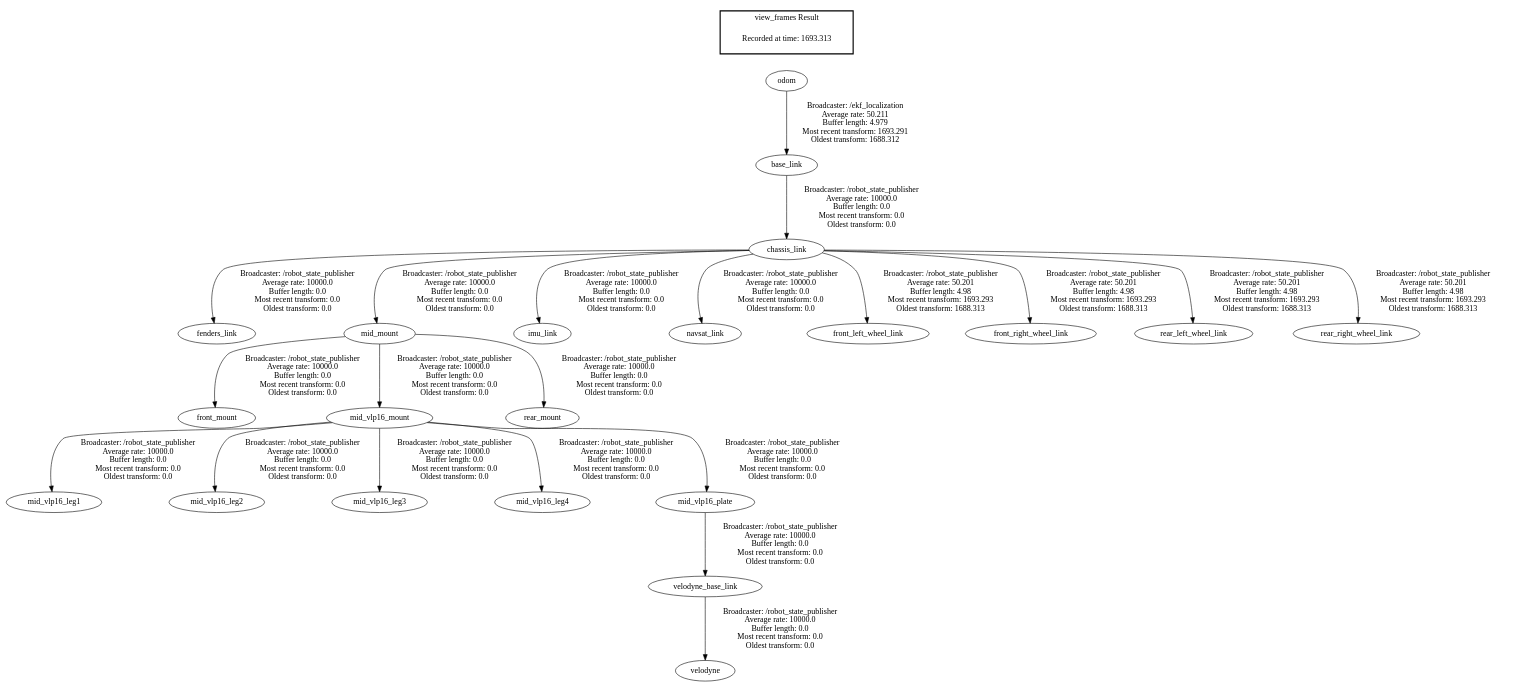
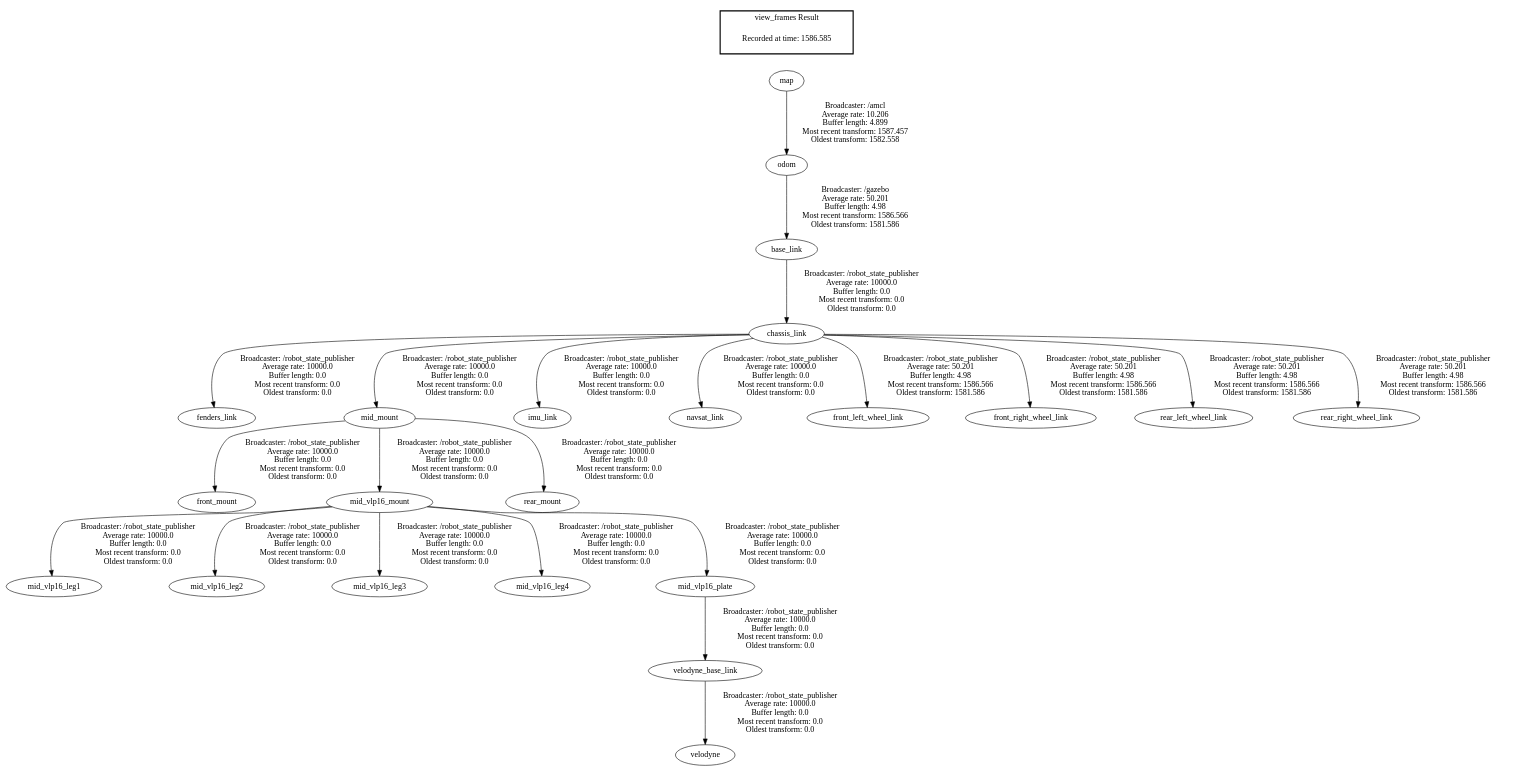
Before and after one commit to JuanMaLR/jackal_velodyne_vlp16_lidar_ros_nav_stack: the diagram in files/frames.gv, drawn with Graphviz. The commit also changed 5 other files, not shown here.

```diff
--- a/files/frames.gv
+++ b/files/frames.gv
@@ -1,26 +1,27 @@
 digraph G {
 "base_link" -> "chassis_link"[label=" Broadcaster: /robot_state_publisher\nAverage rate: 10000.0\nBuffer length: 0.0\nMost recent transform: 0.0\nOldest transform: 0.0\n"];
-"odom" -> "base_link"[label=" Broadcaster: /ekf_localization\nAverage rate: 50.211\nBuffer length: 4.979\nMost recent transform: 1693.291\nOldest transform: 1688.312\n"];
+"odom" -> "base_link"[label=" Broadcaster: /gazebo\nAverage rate: 50.201\nBuffer length: 4.98\nMost recent transform: 1586.566\nOldest transform: 1581.586\n"];
 "chassis_link" -> "fenders_link"[label=" Broadcaster: /robot_state_publisher\nAverage rate: 10000.0\nBuffer length: 0.0\nMost recent transform: 0.0\nOldest transform: 0.0\n"];
 "mid_mount" -> "front_mount"[label=" Broadcaster: /robot_state_publisher\nAverage rate: 10000.0\nBuffer length: 0.0\nMost recent transform: 0.0\nOldest transform: 0.0\n"];
 "chassis_link" -> "mid_mount"[label=" Broadcaster: /robot_state_publisher\nAverage rate: 10000.0\nBuffer length: 0.0\nMost recent transform: 0.0\nOldest transform: 0.0\n"];
 "chassis_link" -> "imu_link"[label=" Broadcaster: /robot_state_publisher\nAverage rate: 10000.0\nBuffer length: 0.0\nMost recent transform: 0.0\nOldest transform: 0.0\n"];
 "mid_vlp16_mount" -> "mid_vlp16_leg1"[label=" Broadcaster: /robot_state_publisher\nAverage rate: 10000.0\nBuffer length: 0.0\nMost recent transform: 0.0\nOldest transform: 0.0\n"];
 "mid_mount" -> "mid_vlp16_mount"[label=" Broadcaster: /robot_state_publisher\nAverage rate: 10000.0\nBuffer length: 0.0\nMost recent transform: 0.0\nOldest transform: 0.0\n"];
 "mid_vlp16_mount" -> "mid_vlp16_leg2"[label=" Broadcaster: /robot_state_publisher\nAverage rate: 10000.0\nBuffer length: 0.0\nMost recent transform: 0.0\nOldest transform: 0.0\n"];
 "mid_vlp16_mount" -> "mid_vlp16_leg3"[label=" Broadcaster: /robot_state_publisher\nAverage rate: 10000.0\nBuffer length: 0.0\nMost recent transform: 0.0\nOldest transform: 0.0\n"];
 "mid_vlp16_mount" -> "mid_vlp16_leg4"[label=" Broadcaster: /robot_state_publisher\nAverage rate: 10000.0\nBuffer length: 0.0\nMost recent transform: 0.0\nOldest transform: 0.0\n"];
 "mid_vlp16_mount" -> "mid_vlp16_plate"[label=" Broadcaster: /robot_state_publisher\nAverage rate: 10000.0\nBuffer length: 0.0\nMost recent transform: 0.0\nOldest transform: 0.0\n"];
 "chassis_link" -> "navsat_link"[label=" Broadcaster: /robot_state_publisher\nAverage rate: 10000.0\nBuffer length: 0.0\nMost recent transform: 0.0\nOldest transform: 0.0\n"];
 "mid_mount" -> "rear_mount"[label=" Broadcaster: /robot_state_publisher\nAverage rate: 10000.0\nBuffer length: 0.0\nMost recent transform: 0.0\nOldest transform: 0.0\n"];
 "mid_vlp16_plate" -> "velodyne_base_link"[label=" Broadcaster: /robot_state_publisher\nAverage rate: 10000.0\nBuffer length: 0.0\nMost recent transform: 0.0\nOldest transform: 0.0\n"];
 "velodyne_base_link" -> "velodyne"[label=" Broadcaster: /robot_state_publisher\nAverage rate: 10000.0\nBuffer length: 0.0\nMost recent transform: 0.0\nOldest transform: 0.0\n"];
-"chassis_link" -> "front_left_wheel_link"[label=" Broadcaster: /robot_state_publisher\nAverage rate: 50.201\nBuffer length: 4.98\nMost recent transform: 1693.293\nOldest transform: 1688.313\n"];
-"chassis_link" -> "front_right_wheel_link"[label=" Broadcaster: /robot_state_publisher\nAverage rate: 50.201\nBuffer length: 4.98\nMost recent transform: 1693.293\nOldest transform: 1688.313\n"];
-"chassis_link" -> "rear_left_wheel_link"[label=" Broadcaster: /robot_state_publisher\nAverage rate: 50.201\nBuffer length: 4.98\nMost recent transform: 1693.293\nOldest transform: 1688.313\n"];
-"chassis_link" -> "rear_right_wheel_link"[label=" Broadcaster: /robot_state_publisher\nAverage rate: 50.201\nBuffer length: 4.98\nMost recent transform: 1693.293\nOldest transform: 1688.313\n"];
+"chassis_link" -> "front_left_wheel_link"[label=" Broadcaster: /robot_state_publisher\nAverage rate: 50.201\nBuffer length: 4.98\nMost recent transform: 1586.566\nOldest transform: 1581.586\n"];
+"chassis_link" -> "front_right_wheel_link"[label=" Broadcaster: /robot_state_publisher\nAverage rate: 50.201\nBuffer length: 4.98\nMost recent transform: 1586.566\nOldest transform: 1581.586\n"];
+"chassis_link" -> "rear_left_wheel_link"[label=" Broadcaster: /robot_state_publisher\nAverage rate: 50.201\nBuffer length: 4.98\nMost recent transform: 1586.566\nOldest transform: 1581.586\n"];
+"chassis_link" -> "rear_right_wheel_link"[label=" Broadcaster: /robot_state_publisher\nAverage rate: 50.201\nBuffer length: 4.98\nMost recent transform: 1586.566\nOldest transform: 1581.586\n"];
+"map" -> "odom"[label=" Broadcaster: /amcl\nAverage rate: 10.206\nBuffer length: 4.899\nMost recent transform: 1587.457\nOldest transform: 1582.558\n"];
 edge [style=invis];
  subgraph cluster_legend { style=bold; color=black; label ="view_frames Result";
-"Recorded at time: 1693.313"[ shape=plaintext ] ;
-}->"odom";
+"Recorded at time: 1586.585"[ shape=plaintext ] ;
+}->"map";
 }
```
